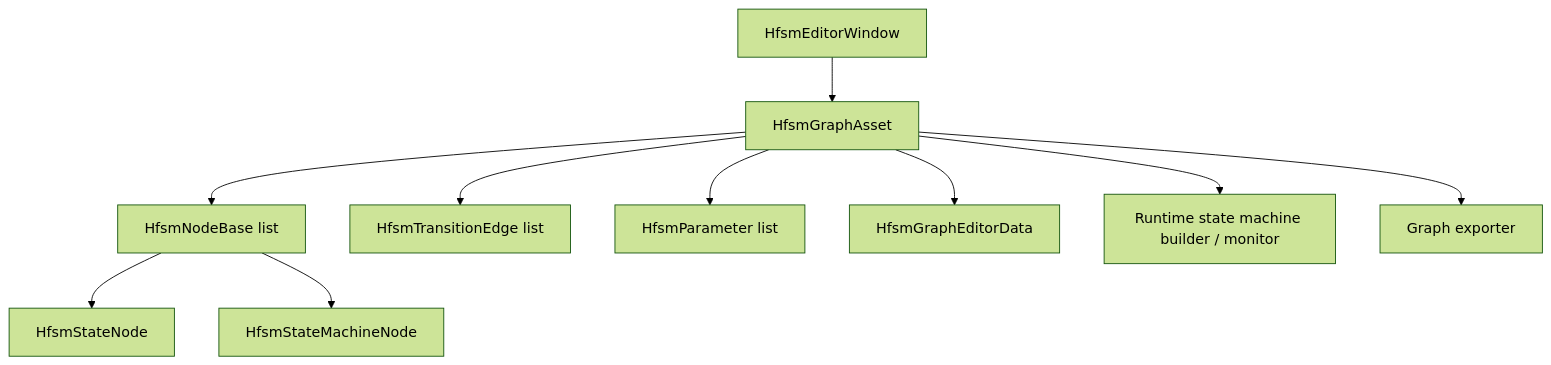
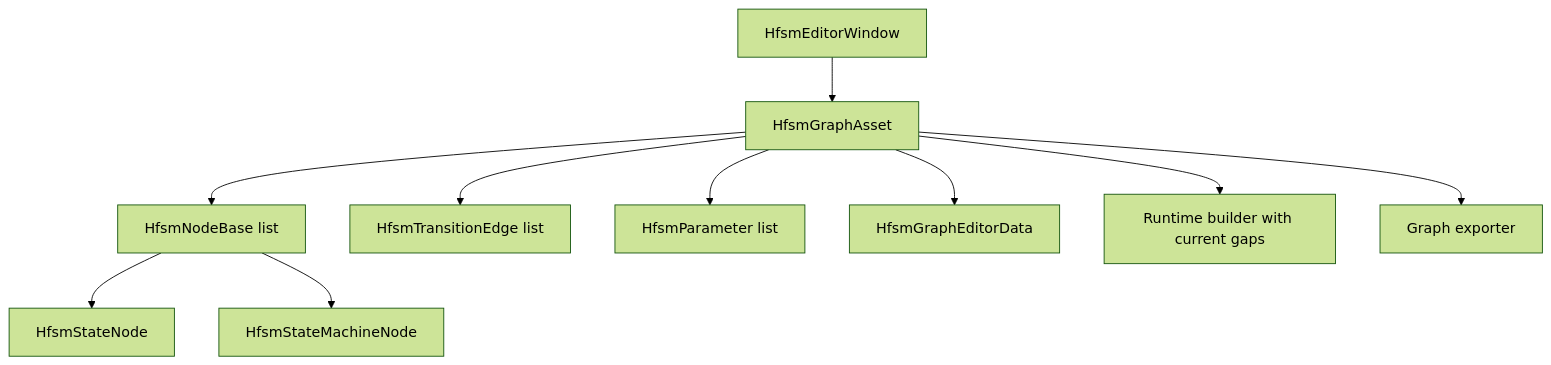
Before and after one commit to Kurumioi/AbilityKit: the fifth of 6 diagrams in Docs/design/05-CommonModules/06-HFSMStateMachine.md, drawn with Mermaid (forest theme). The commit also changed other lines of this file and 881 other files, not shown here.

````diff
--- a/Docs/design/05-CommonModules/06-HFSMStateMachine.md
+++ b/Docs/design/05-CommonModules/06-HFSMStateMachine.md
@@ -212,12 +228,12 @@
 ```mermaid
 flowchart TB
     Asset["HfsmGraphAsset"] --> Nodes["HfsmNodeBase list"]
     Nodes --> StateNode["HfsmStateNode"]
     Nodes --> MachineNode["HfsmStateMachineNode"]
     Asset --> Edges["HfsmTransitionEdge list"]
     Asset --> Params["HfsmParameter list"]
     Asset --> EditorData["HfsmGraphEditorData"]
     Editor["HfsmEditorWindow"] --> Asset
-    Asset --> Runtime["Runtime state machine builder / monitor"]
+    Asset --> Runtime["Runtime builder with current gaps"]
     Asset --> Export["Graph exporter"]
 ```
````
